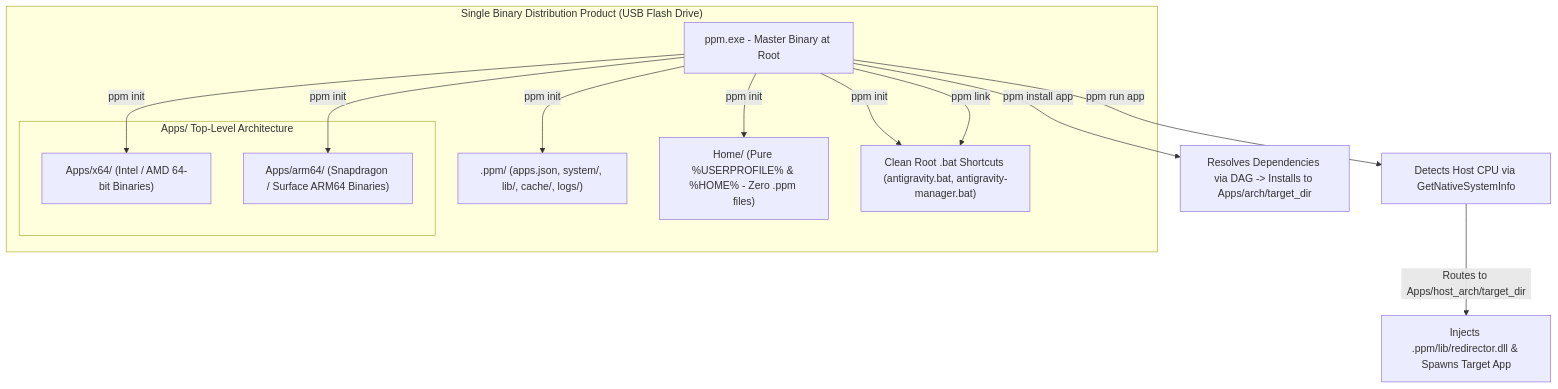
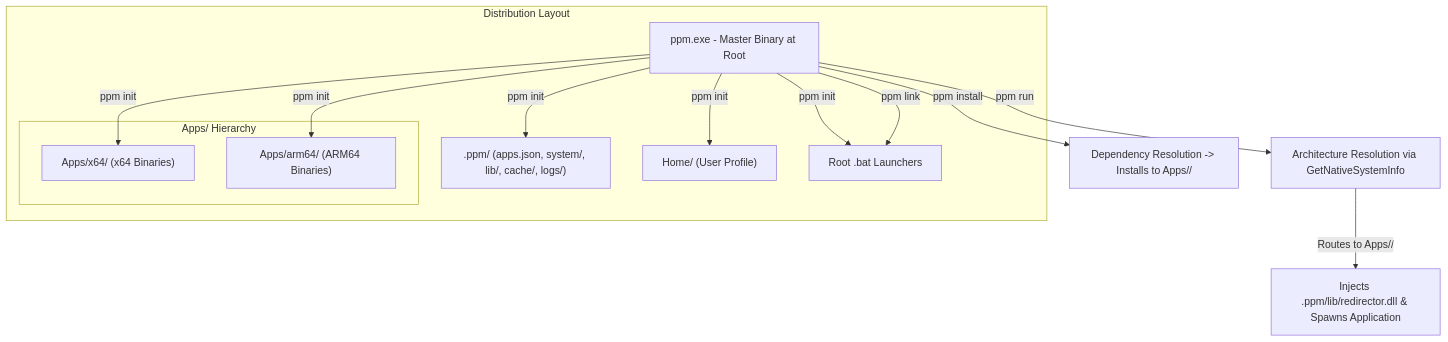
Before and after one commit to AzmainMahatab/ppm: the first of 2 diagrams in ARCHITECTURE.md, drawn with Mermaid. The commit also changed other lines of this file and 1 other file, not shown here.

Commit message:
docs: synchronize README and ARCHITECTURE with dual-layer hooks and test suite

````diff
--- a/ARCHITECTURE.md
+++ b/ARCHITECTURE.md
@@ -11,20 +11,20 @@
 ```mermaid
 graph TD
-    subgraph SingleBinary["Single Binary Distribution Product (USB Flash Drive)"]
+    subgraph Distribution["Distribution Layout"]
         PPM["ppm.exe - Master Binary at Root"]
         PPMDir[".ppm/ (apps.json, system/, lib/, cache/, logs/)"]
-        HomeDir["Home/ (Pure %USERPROFILE% & %HOME% - Zero .ppm files)"]
-        BatLaunchers["Clean Root .bat Shortcuts (antigravity.bat, antigravity-manager.bat)"]
+        HomeDir["Home/ (User Profile)"]
+        BatLaunchers["Root .bat Launchers"]
 
-        subgraph AppsStructure["Apps/ Top-Level Architecture"]
-            X64Dir["Apps/x64/ (Intel / AMD 64-bit Binaries)"]
-            ARM64Dir["Apps/arm64/ (Snapdragon / Surface ARM64 Binaries)"]
+        subgraph AppsStructure["Apps/ Hierarchy"]
+            X64Dir["Apps/x64/ (x64 Binaries)"]
+            ARM64Dir["Apps/arm64/ (ARM64 Binaries)"]
         end
     end
 
     PPM -->|ppm init| PPMDir & X64Dir & ARM64Dir & HomeDir & BatLaunchers
-    PPM -->|ppm install app| DepResolver["Resolves Dependencies via DAG -> Installs to Apps/arch/target_dir"]
-    PPM -->|ppm run app| HostDetect["Detects Host CPU via GetNativeSystemInfo"]
-    HostDetect -->|Routes to Apps/host_arch/target_dir| Virtualize["Injects .ppm/lib/redirector.dll & Spawns Target App"]
+    PPM -->|ppm install <app>| DepResolver["Dependency Resolution -> Installs to Apps/<arch>/<target_dir>"]
+    PPM -->|ppm run <app>| HostDetect["Architecture Resolution via GetNativeSystemInfo"]
+    HostDetect -->|Routes to Apps/<arch>/<target_dir>| Virtualize["Injects .ppm/lib/redirector.dll & Spawns Application"]
     PPM -->|ppm link| BatLaunchers
 ```
````
